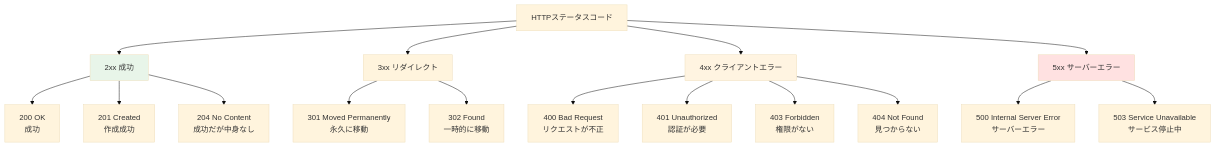
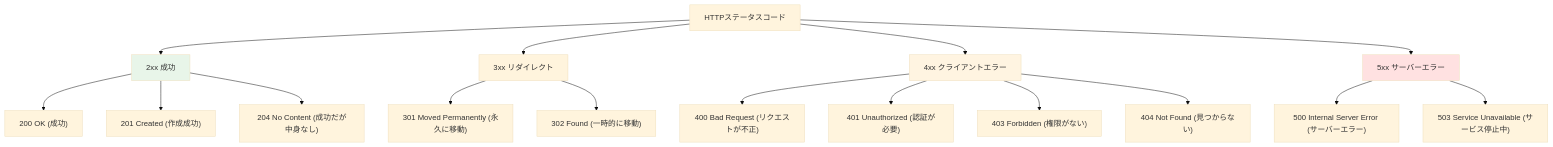
The sixth of 15 diagrams in docs/textbook/02-Web開発の基礎知識.md (shuhei0720/keion-circle-site), drawn with Mermaid (base theme) before and after one commit. The commit also changed other lines of this file, not shown here.

First line of the commit message:
🐛 mermaid図のエラー修正とコード説明を大幅強化

````diff
--- a/docs/textbook/02-Web開発の基礎知識.md
+++ b/docs/textbook/02-Web開発の基礎知識.md
@@ -311,26 +467,26 @@
 ```mermaid
 graph TB
     A[HTTPステータスコード] --> B[2xx 成功]
     A --> C[3xx リダイレクト]
     A --> D[4xx クライアントエラー]
     A --> E[5xx サーバーエラー]
     
-    B --> B1[200 OK<br/>成功]
-    B --> B2[201 Created<br/>作成成功]
-    B --> B3[204 No Content<br/>成功だが中身なし]
+    B --> B1["200 OK (成功)"]
+    B --> B2["201 Created (作成成功)"]
+    B --> B3["204 No Content (成功だが中身なし)"]
     
-    C --> C1[301 Moved Permanently<br/>永久に移動]
-    C --> C2[302 Found<br/>一時的に移動]
+    C --> C1["301 Moved Permanently (永久に移動)"]
+    C --> C2["302 Found (一時的に移動)"]
     
-    D --> D1[400 Bad Request<br/>リクエストが不正]
-    D --> D2[401 Unauthorized<br/>認証が必要]
-    D --> D3[403 Forbidden<br/>権限がない]
-    D --> D4[404 Not Found<br/>見つからない]
+    D --> D1["400 Bad Request (リクエストが不正)"]
+    D --> D2["401 Unauthorized (認証が必要)"]
+    D --> D3["403 Forbidden (権限がない)"]
+    D --> D4["404 Not Found (見つからない)"]
     
-    E --> E1[500 Internal Server Error<br/>サーバーエラー]
-    E --> E2[503 Service Unavailable<br/>サービス停止中]
+    E --> E1["500 Internal Server Error (サーバーエラー)"]
+    E --> E2["503 Service Unavailable (サービス停止中)"]
     
     style B fill:#e8f5e9
     style D fill:#fff4e1
     style E fill:#ffe1e1
 ```
````
